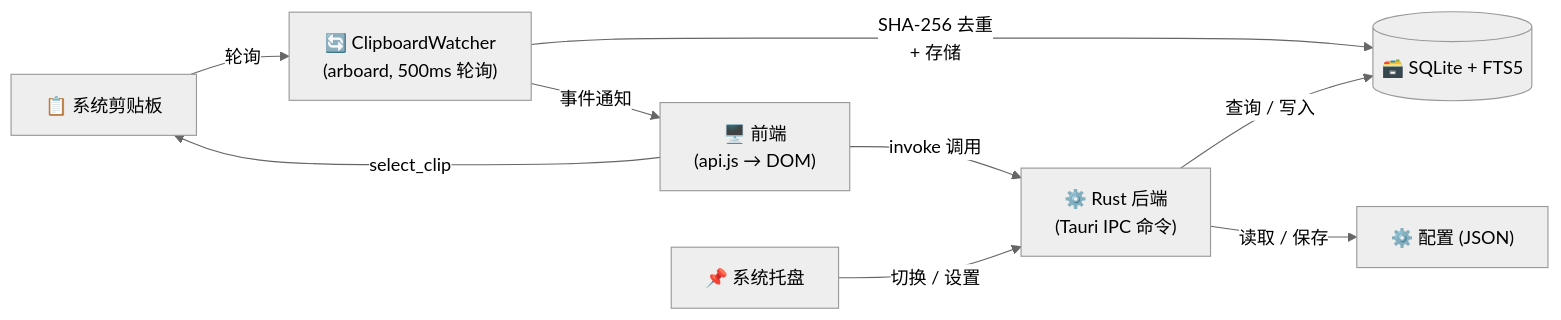
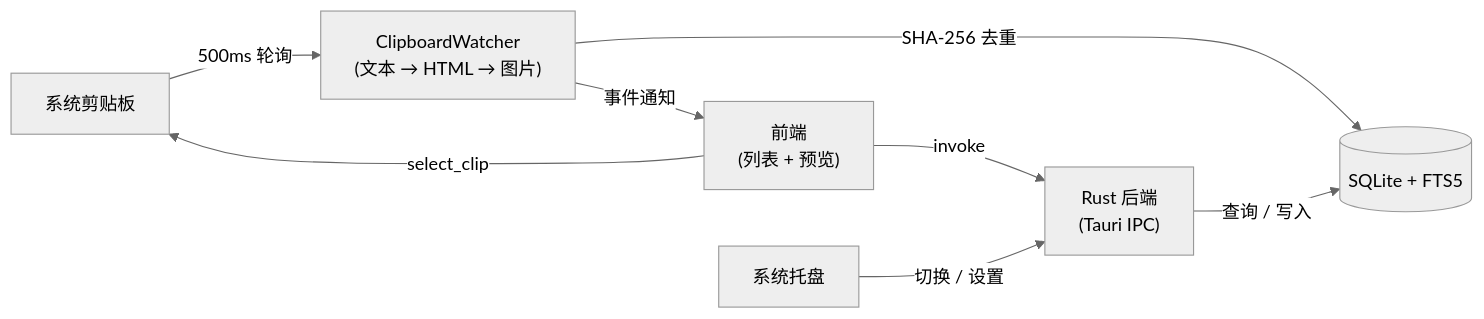
Before and after one commit to 51hhh/Clippy: the diagram in docs/README.zh-CN.md, drawn with Mermaid (neutral theme). The commit also changed other lines of this file and 14 other files, not shown here.

Commit message:
v0.1.10: 修复缓存/竞态/预览通知 bug，重写 README 添加截图

````diff
--- a/docs/README.zh-CN.md
+++ b/docs/README.zh-CN.md
@@ -95,19 +107,17 @@
 ```mermaid
 flowchart LR
-    CB["📋 系统剪贴板"]
-    CW["🔄 ClipboardWatcher\n(arboard, 500ms 轮询)"]
-    DB[("🗃️ SQLite + FTS5")]
-    BE["⚙️ Rust 后端\n(Tauri IPC 命令)"]
-    FE["🖥️ 前端\n(api.js → DOM)"]
-    TRAY["📌 系统托盘"]
-    CFG["⚙️ 配置 (JSON)"]
+    CB["系统剪贴板"]
+    CW["ClipboardWatcher\n(文本 → HTML → 图片)"]
+    DB[("SQLite + FTS5")]
+    BE["Rust 后端\n(Tauri IPC)"]
+    FE["前端\n(列表 + 预览)"]
+    TRAY["系统托盘"]
 
-    CB -- "轮询" --> CW
-    CW -- "SHA-256 去重\n+ 存储" --> DB
+    CB -- "500ms 轮询" --> CW
+    CW -- "SHA-256 去重" --> DB
     CW -- "事件通知" --> FE
-    FE -- "invoke 调用" --> BE
+    FE -- "invoke" --> BE
     BE -- "查询 / 写入" --> DB
-    BE -- "读取 / 保存" --> CFG
     TRAY -- "切换 / 设置" --> BE
     FE -- "select_clip" --> CB
 ```
````
